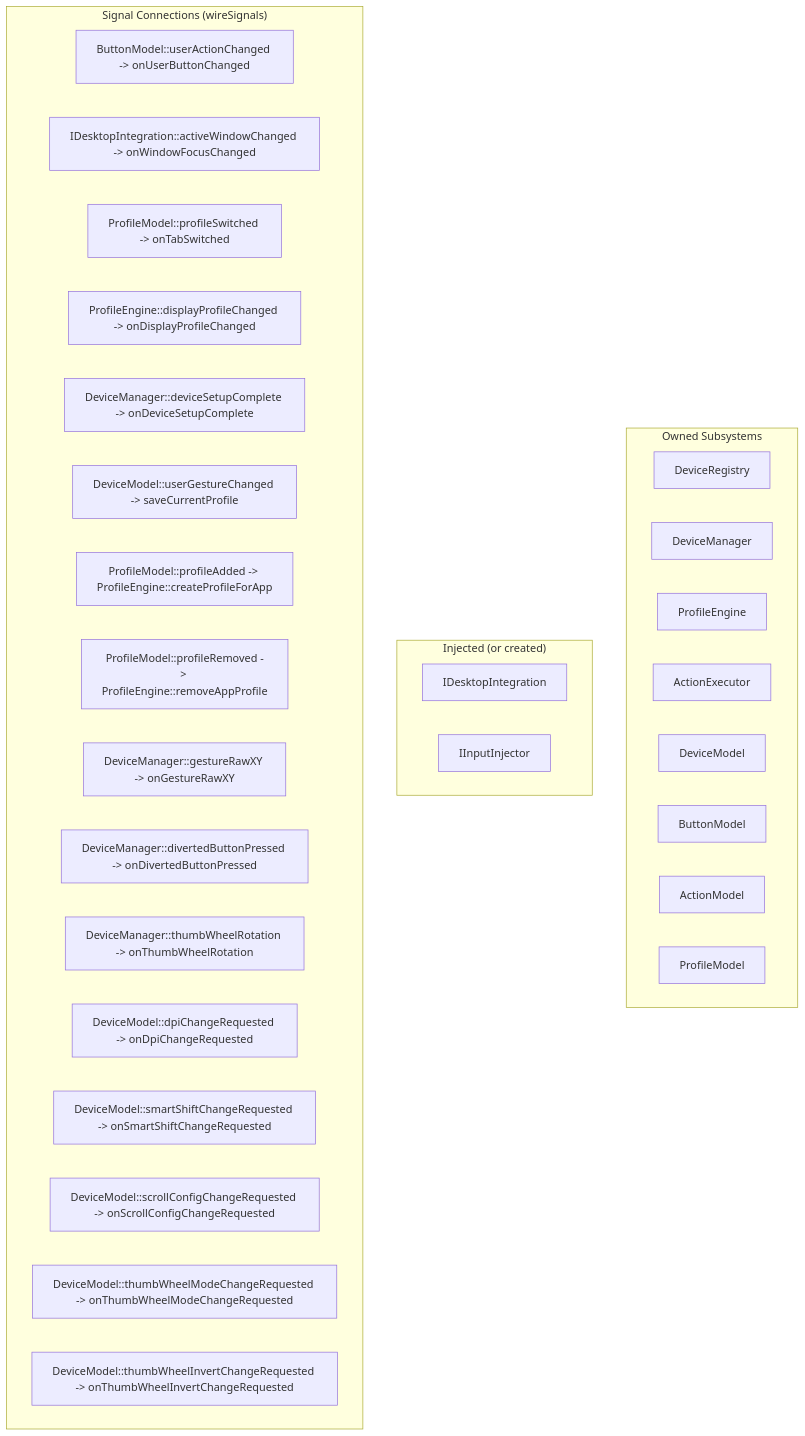
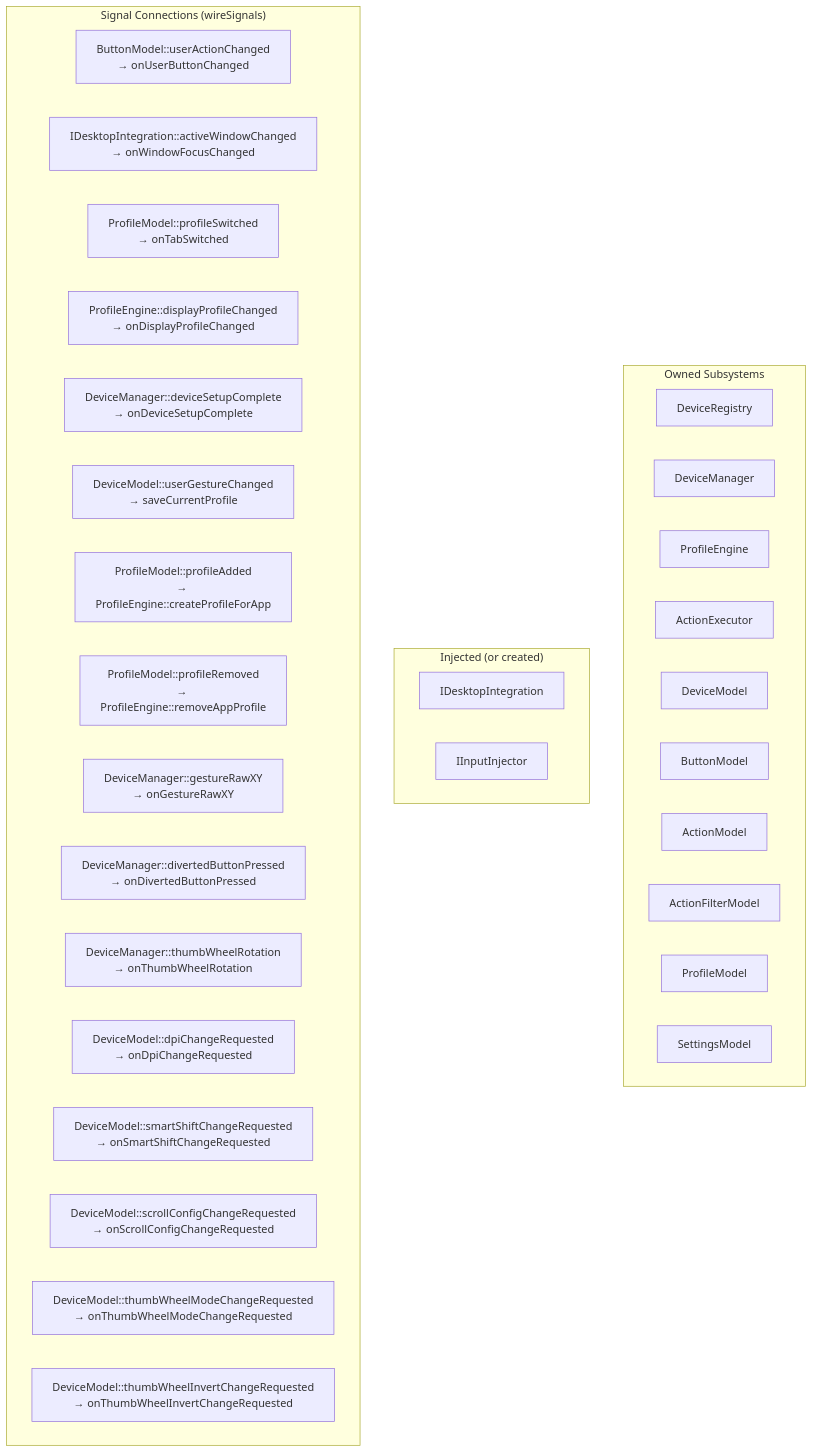
One commit to GarrettGR/logitune changed diagram 16 of 16 in docs/wiki/Architecture.md. Above: the diagram before and after it, drawn with Mermaid. The commit also changed other lines of this file and 12 other files, not shown here.

````diff
--- a/docs/wiki/Architecture.md
+++ b/docs/wiki/Architecture.md
@@ -787,37 +792,39 @@
 ```mermaid
 graph TB
     subgraph "Owned Subsystems"
         Registry[DeviceRegistry]
         DevMgr[DeviceManager]
         PE[ProfileEngine]
         AE[ActionExecutor]
         DM[DeviceModel]
         BM[ButtonModel]
         AM[ActionModel]
+        AFM[ActionFilterModel]
         PM[ProfileModel]
+        SM[SettingsModel]
     end
 
     subgraph "Injected (or created)"
         Desktop[IDesktopIntegration]
         Injector[IInputInjector]
     end
 
     subgraph "Signal Connections (wireSignals)"
-        S1["ButtonModel::userActionChanged -> onUserButtonChanged"]
-        S2["IDesktopIntegration::activeWindowChanged -> onWindowFocusChanged"]
-        S3["ProfileModel::profileSwitched -> onTabSwitched"]
-        S4["ProfileEngine::displayProfileChanged -> onDisplayProfileChanged"]
-        S5["DeviceManager::deviceSetupComplete -> onDeviceSetupComplete"]
-        S6["DeviceModel::userGestureChanged -> saveCurrentProfile"]
-        S7["ProfileModel::profileAdded -> ProfileEngine::createProfileForApp"]
-        S8["ProfileModel::profileRemoved -> ProfileEngine::removeAppProfile"]
-        S9["DeviceManager::gestureRawXY -> onGestureRawXY"]
-        S10["DeviceManager::divertedButtonPressed -> onDivertedButtonPressed"]
-        S11["DeviceManager::thumbWheelRotation -> onThumbWheelRotation"]
-        S12["DeviceModel::dpiChangeRequested -> onDpiChangeRequested"]
-        S13["DeviceModel::smartShiftChangeRequested -> onSmartShiftChangeRequested"]
-        S14["DeviceModel::scrollConfigChangeRequested -> onScrollConfigChangeRequested"]
-        S15["DeviceModel::thumbWheelModeChangeRequested -> onThumbWheelModeChangeRequested"]
-        S16["DeviceModel::thumbWheelInvertChangeRequested -> onThumbWheelInvertChangeRequested"]
+        S1["ButtonModel::userActionChanged<br/>→ onUserButtonChanged"]
+        S2["IDesktopIntegration::activeWindowChanged<br/>→ onWindowFocusChanged"]
+        S3["ProfileModel::profileSwitched<br/>→ onTabSwitched"]
+        S4["ProfileEngine::displayProfileChanged<br/>→ onDisplayProfileChanged"]
+        S5["DeviceManager::deviceSetupComplete<br/>→ onDeviceSetupComplete"]
+        S6["DeviceModel::userGestureChanged<br/>→ saveCurrentProfile"]
+        S7["ProfileModel::profileAdded<br/>→ ProfileEngine::createProfileForApp"]
+        S8["ProfileModel::profileRemoved<br/>→ ProfileEngine::removeAppProfile"]
+        S9["DeviceManager::gestureRawXY<br/>→ onGestureRawXY"]
+        S10["DeviceManager::divertedButtonPressed<br/>→ onDivertedButtonPressed"]
+        S11["DeviceManager::thumbWheelRotation<br/>→ onThumbWheelRotation"]
+        S12["DeviceModel::dpiChangeRequested<br/>→ onDpiChangeRequested"]
+        S13["DeviceModel::smartShiftChangeRequested<br/>→ onSmartShiftChangeRequested"]
+        S14["DeviceModel::scrollConfigChangeRequested<br/>→ onScrollConfigChangeRequested"]
+        S15["DeviceModel::thumbWheelModeChangeRequested<br/>→ onThumbWheelModeChangeRequested"]
+        S16["DeviceModel::thumbWheelInvertChangeRequested<br/>→ onThumbWheelInvertChangeRequested"]
     end
 ```
````
